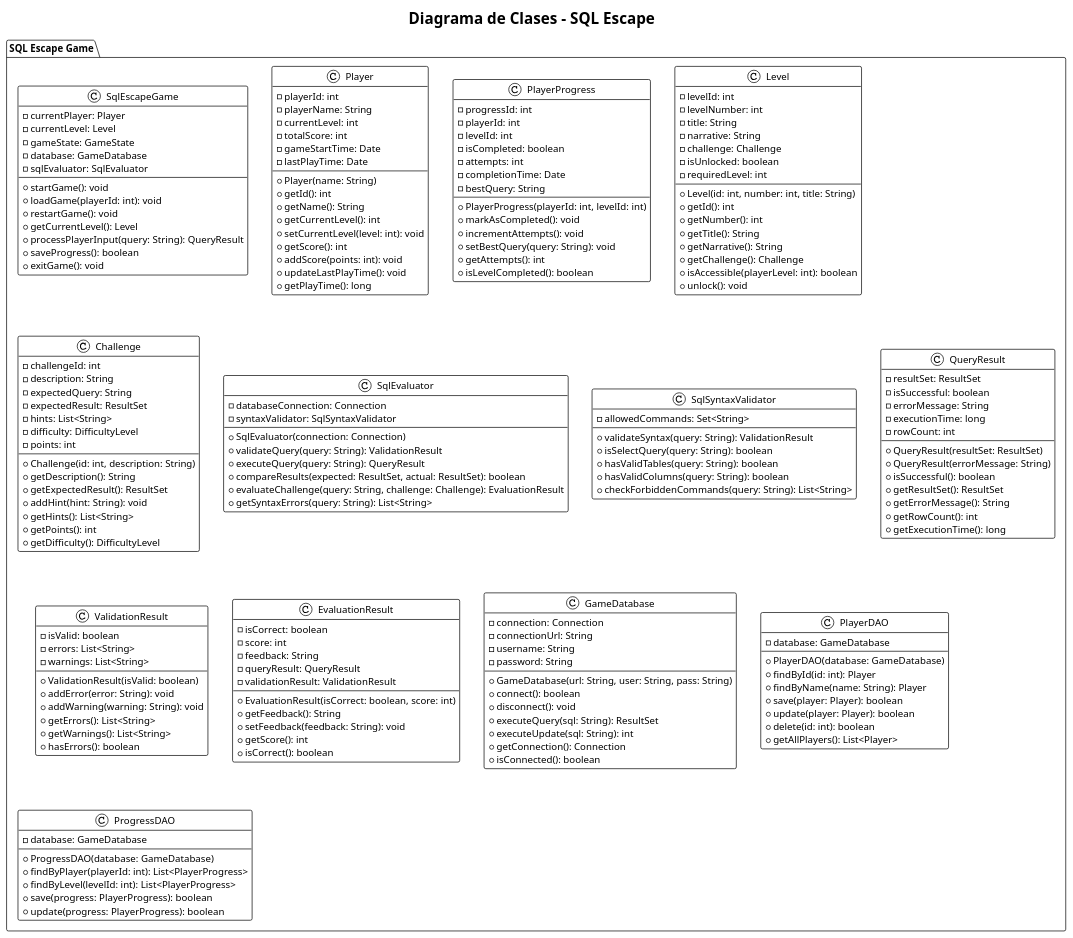
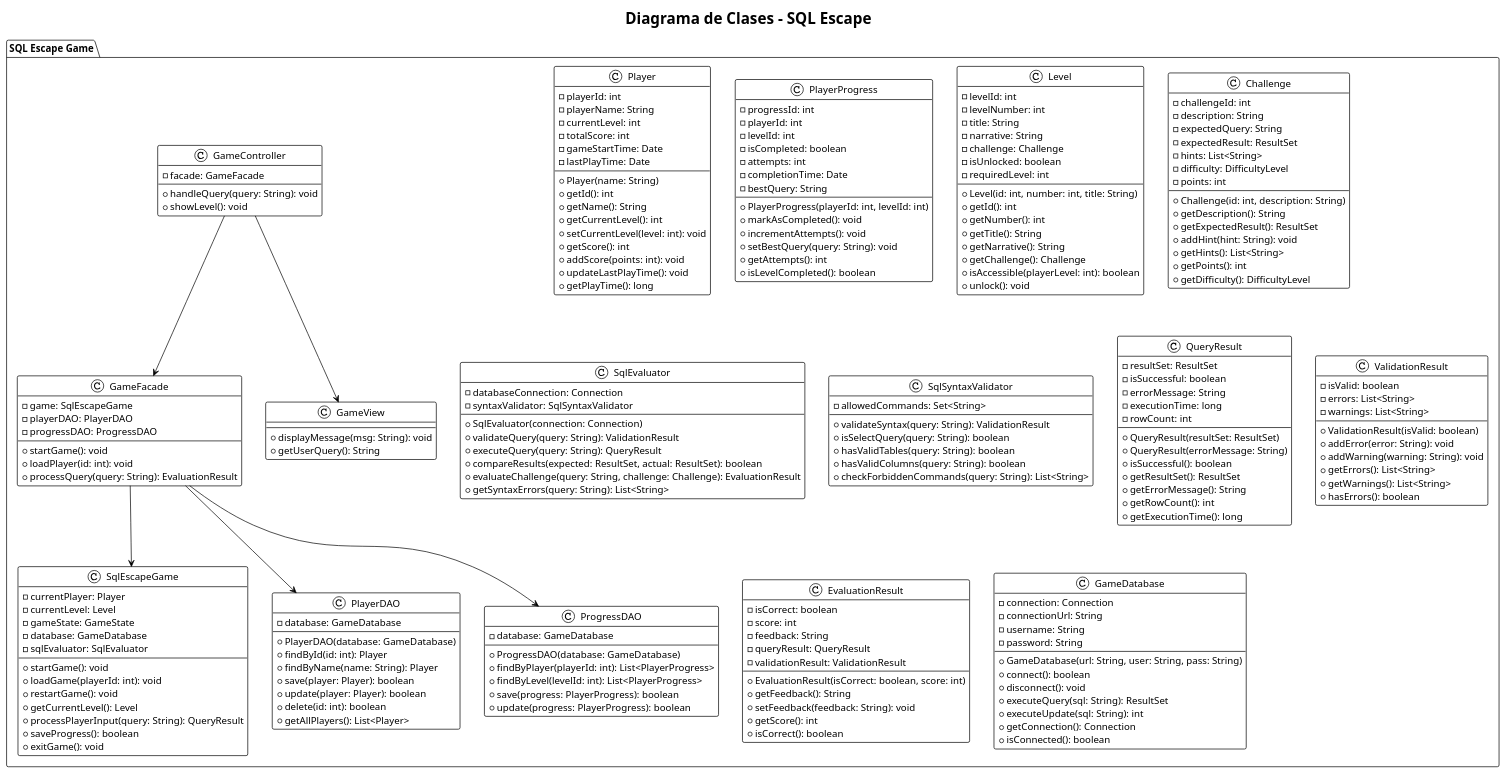
One commit to Domingo1987/SQL-Escape changed the second of 2 diagrams in Annex_UML.md. Above: the diagram before and after it, drawn with PlantUML. The commit also changed 4 other files, not shown here.

Commit message:
docs: integrate facade mvc dao patterns

````diff
--- a/Annex_UML.md
+++ b/Annex_UML.md
@@ -213,5 +213,27 @@
         + save(progress: PlayerProgress): boolean
         + update(progress: PlayerProgress): boolean
     }
+    class GameFacade {
+        - game: SqlEscapeGame
+        - playerDAO: PlayerDAO
+        - progressDAO: ProgressDAO
+        + startGame(): void
+        + loadPlayer(id: int): void
+        + processQuery(query: String): EvaluationResult
+    }
+    class GameController {
+        - facade: GameFacade
+        + handleQuery(query: String): void
+        + showLevel(): void
+    }
+    class GameView {
+        + displayMessage(msg: String): void
+        + getUserQuery(): String
+    }
+    GameController --> GameFacade
+    GameController --> GameView
+    GameFacade --> SqlEscapeGame
+    GameFacade --> PlayerDAO
+    GameFacade --> ProgressDAO
 }
 ```
````
